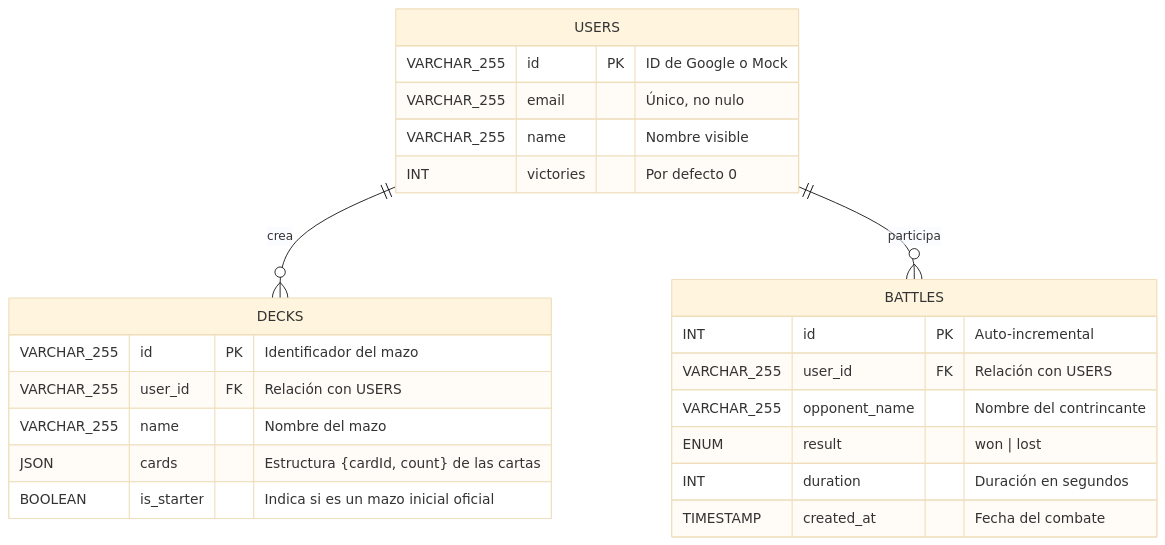
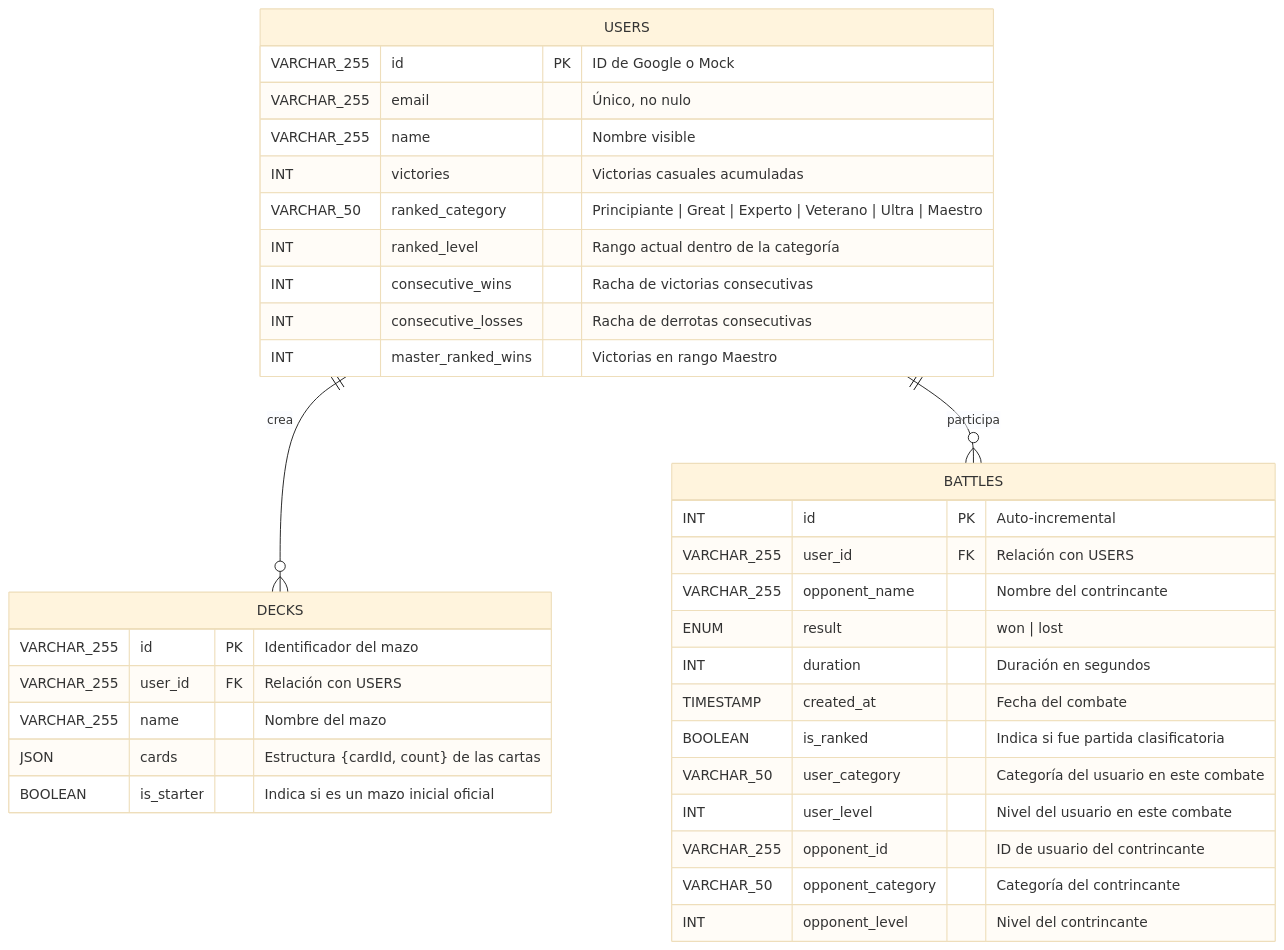
The diagram in README.md (sheyk87/PokeTCG_Duel_Arena), drawn with Mermaid (base theme) before and after one commit. The commit also changed other lines of this file and 3 other files, not shown here.

````diff
--- a/README.md
+++ b/README.md
@@ -53,27 +55,38 @@
 ```mermaid
 erDiagram
     USERS {
         VARCHAR_255 id PK "ID de Google o Mock"
         VARCHAR_255 email "Único, no nulo"
         VARCHAR_255 name "Nombre visible"
-        INT victories "Por defecto 0"
+        INT victories "Victorias casuales acumuladas"
+        VARCHAR_50 ranked_category "Principiante | Great | Experto | Veterano | Ultra | Maestro"
+        INT ranked_level "Rango actual dentro de la categoría"
+        INT consecutive_wins "Racha de victorias consecutivas"
+        INT consecutive_losses "Racha de derrotas consecutivas"
+        INT master_ranked_wins "Victorias en rango Maestro"
     }
     DECKS {
         VARCHAR_255 id PK "Identificador del mazo"
         VARCHAR_255 user_id FK "Relación con USERS"
         VARCHAR_255 name "Nombre del mazo"
         JSON cards "Estructura {cardId, count} de las cartas"
         BOOLEAN is_starter "Indica si es un mazo inicial oficial"
     }
     BATTLES {
         INT id PK "Auto-incremental"
         VARCHAR_255 user_id FK "Relación con USERS"
         VARCHAR_255 opponent_name "Nombre del contrincante"
         ENUM result "won | lost"
         INT duration "Duración en segundos"
         TIMESTAMP created_at "Fecha del combate"
+        BOOLEAN is_ranked "Indica si fue partida clasificatoria"
+        VARCHAR_50 user_category "Categoría del usuario en este combate"
+        INT user_level "Nivel del usuario en este combate"
+        VARCHAR_255 opponent_id "ID de usuario del contrincante"
+        VARCHAR_50 opponent_category "Categoría del contrincante"
+        INT opponent_level "Nivel del contrincante"
     }
 
     USERS ||--o{ DECKS : "crea"
     USERS ||--o{ BATTLES : "participa"
 ```
````
